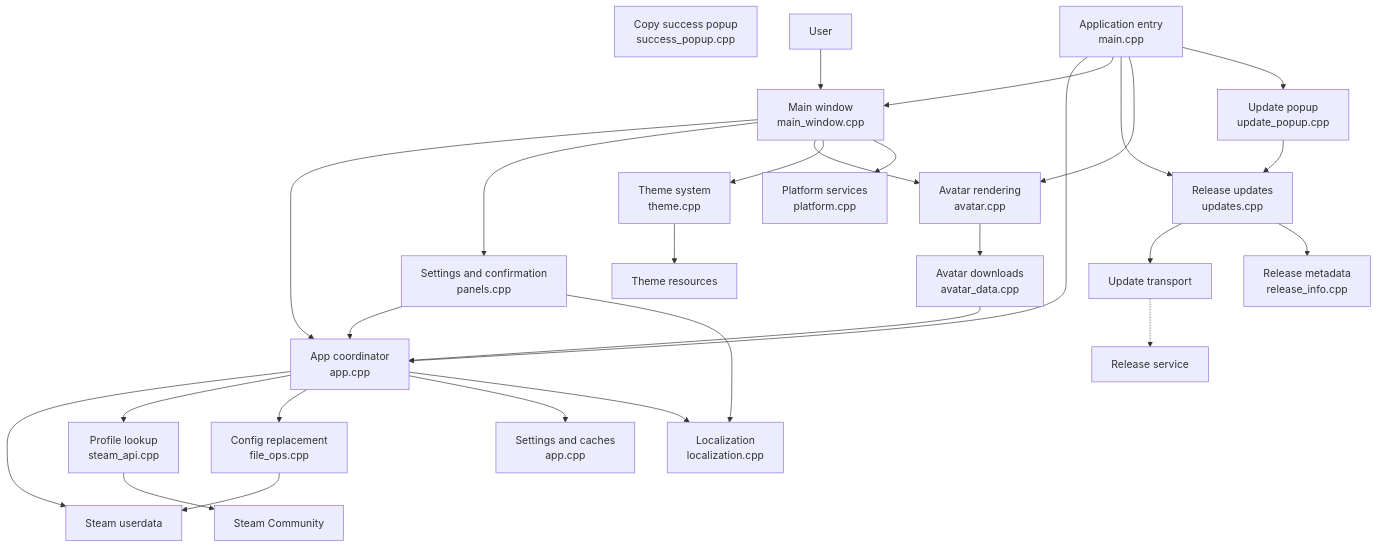
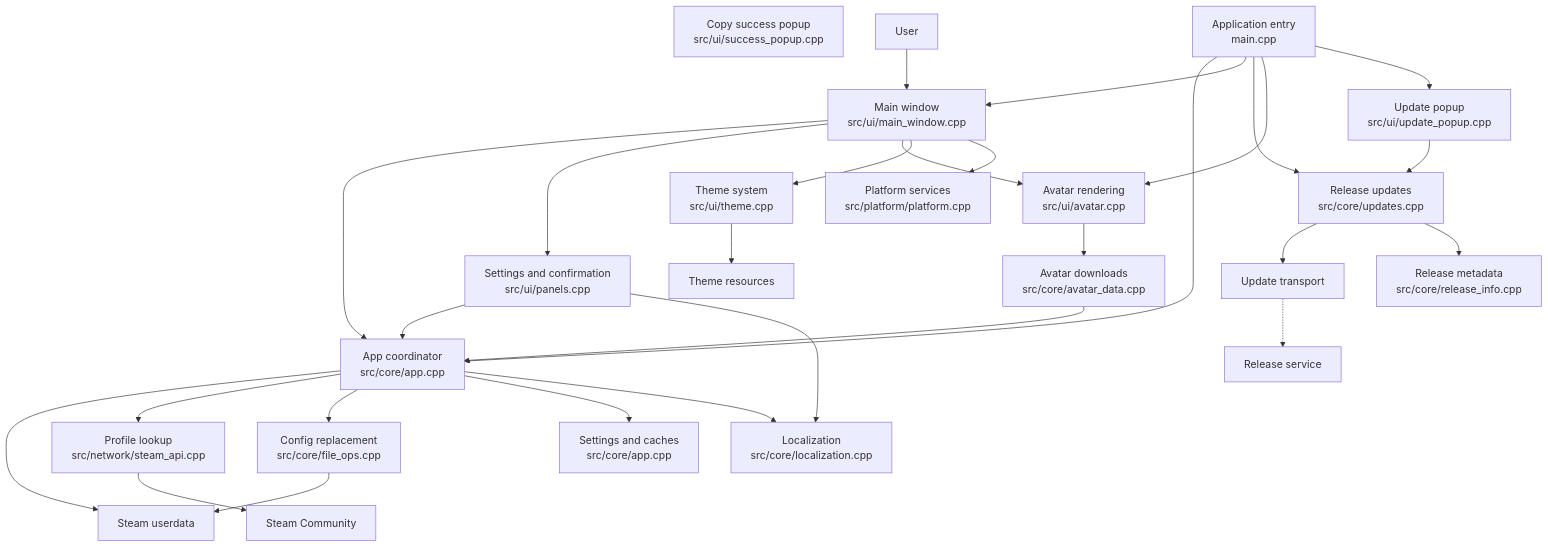
One commit to OutTuna/Dota2CFGChanger changed the diagram in README.md. Above: the diagram before and after it, drawn with Mermaid. The commit also changed other lines of this file and 47 other files, not shown here.

````diff
--- a/README.md
+++ b/README.md
@@ -80,52 +95,52 @@
 ```mermaid
 flowchart TB
-    node_main_window["Main window<br/>main_window.cpp"]
-    node_panels["Settings and confirmation<br/>panels.cpp"]
-    node_success_popup["Copy success popup<br/>success_popup.cpp"]
-    node_update_popup["Update popup<br/>update_popup.cpp"]
+    node_main_window["Main window<br/>src/ui/main_window.cpp"]
+    node_panels["Settings and confirmation<br/>src/ui/panels.cpp"]
+    node_success_popup["Copy success popup<br/>src/ui/success_popup.cpp"]
+    node_update_popup["Update popup<br/>src/ui/update_popup.cpp"]
     node_main["Application entry<br/>main.cpp"]
-    node_app["App coordinator<br/>app.cpp"]
-    node_file_ops["Config replacement<br/>file_ops.cpp"]
-    node_platform["Platform services<br/>platform.cpp"]
-    node_steam_api["Profile lookup<br/>steam_api.cpp"]
-    node_avatar_data["Avatar downloads<br/>avatar_data.cpp"]
-    node_avatar["Avatar rendering<br/>avatar.cpp"]
-    node_theme["Theme system<br/>theme.cpp"]
+    node_app["App coordinator<br/>src/core/app.cpp"]
+    node_file_ops["Config replacement<br/>src/core/file_ops.cpp"]
+    node_platform["Platform services<br/>src/platform/platform.cpp"]
+    node_steam_api["Profile lookup<br/>src/network/steam_api.cpp"]
+    node_avatar_data["Avatar downloads<br/>src/core/avatar_data.cpp"]
+    node_avatar["Avatar rendering<br/>src/ui/avatar.cpp"]
+    node_theme["Theme system<br/>src/ui/theme.cpp"]
     node_theme_resources["Theme resources"]
-    node_localization["Localization<br/>localization.cpp"]
-    node_settings_cache["Settings and caches<br/>app.cpp"]
-    node_updates["Release updates<br/>updates.cpp"]
+    node_localization["Localization<br/>src/core/localization.cpp"]
+    node_settings_cache["Settings and caches<br/>src/core/app.cpp"]
+    node_updates["Release updates<br/>src/core/updates.cpp"]
     node_update_transport["Update transport"]
-    node_release_info["Release metadata<br/>release_info.cpp"]
+    node_release_info["Release metadata<br/>src/core/release_info.cpp"]
     node_user["User"]
     node_steam_data["Steam userdata"]
     node_steam_community["Steam Community"]
     node_release_service["Release service"]
     node_user --> node_main_window
     node_main --> node_app
     node_main --> node_main_window
     node_main --> node_updates
     node_main --> node_avatar
     node_main_window --> node_app
     node_main_window --> node_panels
     node_panels --> node_app
     node_app --> node_steam_data
     node_app --> node_steam_api
     node_steam_api --> node_steam_community
     node_app --> node_file_ops
     node_file_ops --> node_steam_data
     node_app --> node_settings_cache
     node_avatar_data --> node_app
     node_avatar --> node_avatar_data
     node_main_window --> node_avatar
     node_main_window --> node_theme
     node_panels --> node_localization
     node_theme --> node_theme_resources
     node_updates --> node_update_transport
     node_updates --> node_release_info
     node_update_transport -.-> node_release_service
     node_main --> node_update_popup
     node_update_popup --> node_updates
     node_main_window --> node_platform
     node_app --> node_localization
 ```
````
